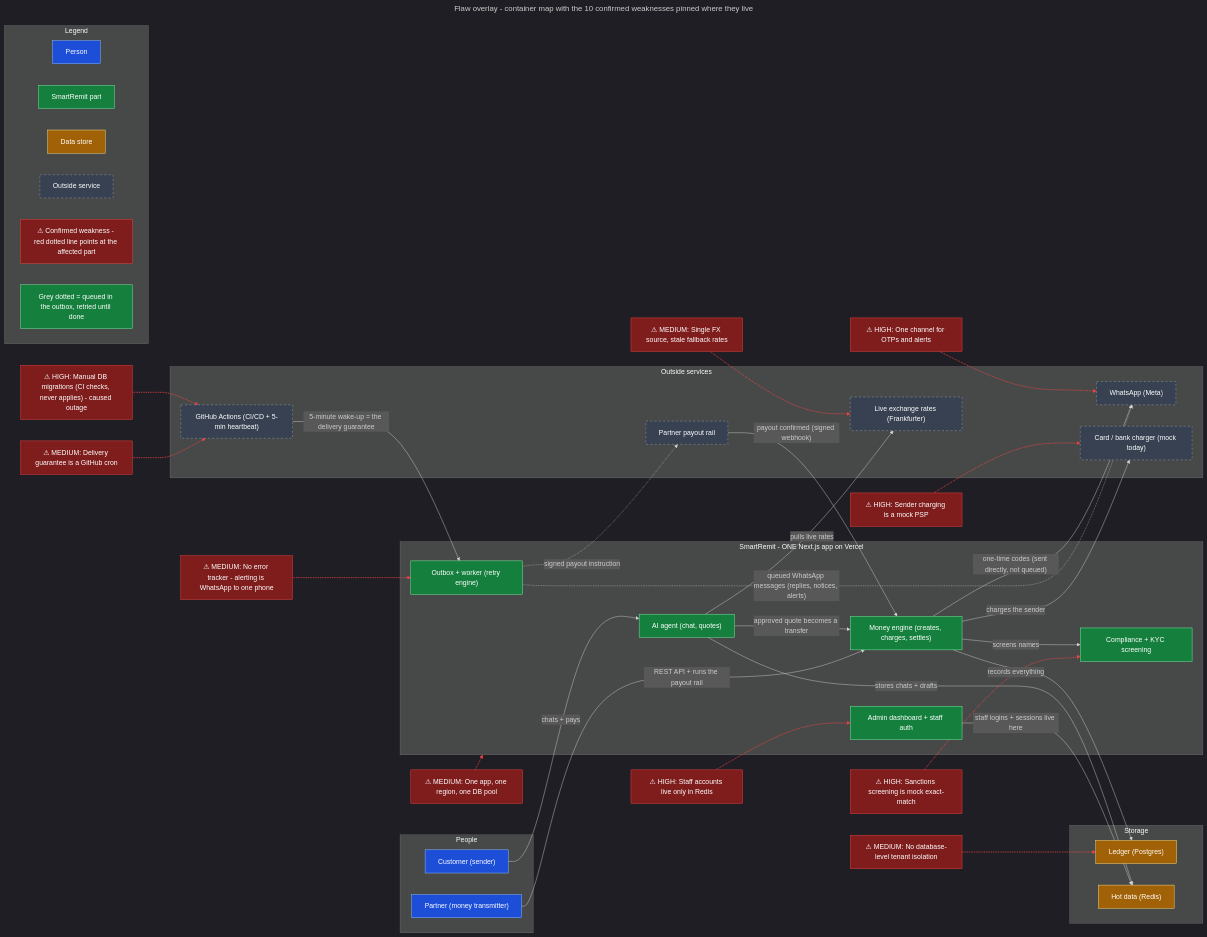
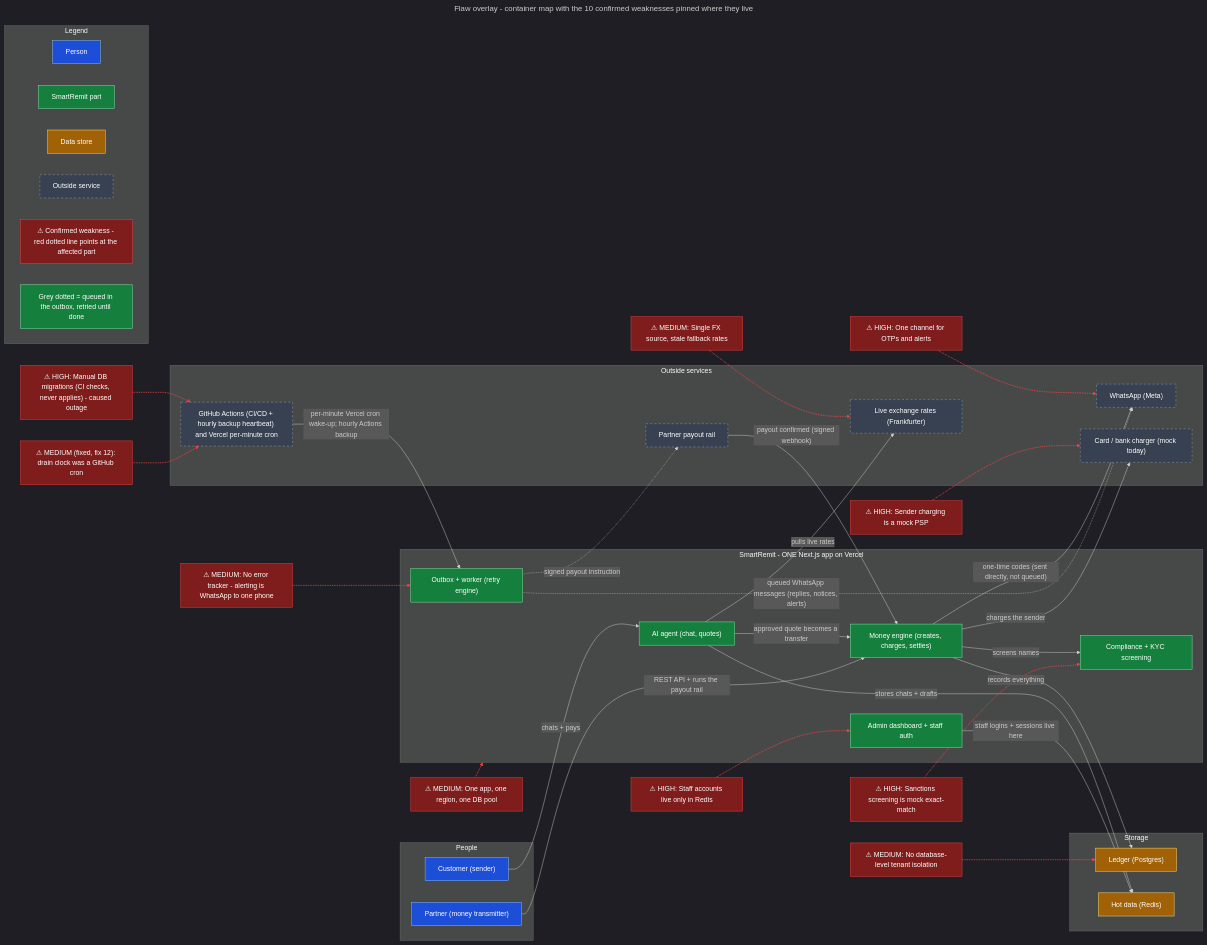
One commit to Nagavenkatasai7/claude-payments changed the diagram in docs/diagrams/architecture-L3-flaws.mmd. Above: the diagram before and after it, drawn with Mermaid. The commit also changed 32 other files, not shown here.

First line of the commit message:
fix(outbox-worker): per-minute Vercel worker cron, quiet-cron + drain-gap alarms, poison rows dead-letter on reclaim (Program-Fix 12, PR 1) (#283)

```diff
--- a/docs/diagrams/architecture-L3-flaws.mmd
+++ b/docs/diagrams/architecture-L3-flaws.mmd
@@ -1,85 +1,85 @@
 ---
 title: "Flaw overlay - container map with the 10 confirmed weaknesses pinned where they live"
 config:
   theme: dark
 ---
 flowchart LR
     classDef people fill:#1d4ed8,stroke:#93c5fd,color:#ffffff
     classDef core fill:#15803d,stroke:#86efac,color:#ffffff
     classDef store fill:#a16207,stroke:#fde68a,color:#ffffff
     classDef external fill:#374151,stroke:#9ca3af,color:#ffffff,stroke-dasharray: 5 5
     classDef flaw fill:#7f1d1d,stroke:#ef4444,color:#ffffff
 
     subgraph zpeople["People"]
         customer["Customer (sender)"]:::people
         partner["Partner (money transmitter)"]:::people
     end
 
     subgraph zplat["SmartRemit - ONE Next.js app on Vercel"]
         agent["AI agent (chat, quotes)"]:::core
         money["Money engine (creates, charges, settles)"]:::core
         compliance["Compliance + KYC screening"]:::core
         outbox["Outbox + worker (retry engine)"]:::core
         admin["Admin dashboard + staff auth"]:::core
     end
 
     subgraph zstore["Storage"]
         ledger["Ledger (Postgres)"]:::store
         redis["Hot data (Redis)"]:::store
     end
 
     subgraph zout["Outside services"]
         waext["WhatsApp (Meta)"]:::external
         fxext["Live exchange rates (Frankfurter)"]:::external
         pspext["Card / bank charger (mock today)"]:::external
         railext["Partner payout rail"]:::external
-        ghext["GitHub Actions (CI/CD + 5-min heartbeat)"]:::external
+        ghext["GitHub Actions (CI/CD + hourly backup heartbeat) and Vercel per-minute cron"]:::external
     end
 
     customer -->|"chats + pays"| agent
     agent -->|"pulls live rates"| fxext
     agent -->|"approved quote becomes a transfer"| money
     agent -->|"stores chats + drafts"| redis
     partner -->|"REST API + runs the payout rail"| money
     money -->|"screens names"| compliance
     money -->|"charges the sender"| pspext
     money -->|"records everything"| ledger
     money -->|"one-time codes (sent directly, not queued)"| waext
     outbox -.->|"signed payout instruction"| railext
     railext -->|"payout confirmed (signed webhook)"| money
     outbox -.->|"queued WhatsApp messages (replies, notices, alerts)"| waext
-    ghext -->|"5-minute wake-up = the delivery guarantee"| outbox
+    ghext -->|"per-minute Vercel cron wake-up; hourly Actions backup"| outbox
     admin -->|"staff logins + sessions live here"| redis
 
     f1["⚠ HIGH: Sanctions screening is mock exact-match"]:::flaw
     f1 -.-> compliance
     f2["⚠ HIGH: Sender charging is a mock PSP"]:::flaw
     f2 -.-> pspext
     f3["⚠ HIGH: Manual DB migrations (CI checks, never applies) - caused outage"]:::flaw
     f3 -.-> ghext
     f4["⚠ HIGH: Staff accounts live only in Redis"]:::flaw
     f4 -.-> admin
     f5["⚠ HIGH: One channel for OTPs and alerts"]:::flaw
     f5 -.-> waext
-    f6["⚠ MEDIUM: Delivery guarantee is a GitHub cron"]:::flaw
+    f6["⚠ MEDIUM (fixed, fix 12): drain clock was a GitHub cron"]:::flaw
     f6 -.-> ghext
     f7["⚠ MEDIUM: No database-level tenant isolation"]:::flaw
     f7 -.-> ledger
     f8["⚠ MEDIUM: Single FX source, stale fallback rates"]:::flaw
     f8 -.-> fxext
     f9["⚠ MEDIUM: No error tracker - alerting is WhatsApp to one phone"]:::flaw
     f9 -.-> outbox
     f10["⚠ MEDIUM: One app, one region, one DB pool"]:::flaw
     f10 -.-> zplat
 
     linkStyle 14,15,16,17,18,19,20,21,22,23 stroke:#ef4444,stroke-width:2px
 
     subgraph legend["Legend"]
         direction LR
         lp["Person"]:::people
         lc["SmartRemit part"]:::core
         ld["Data store"]:::store
         le["Outside service"]:::external
         lf["⚠ Confirmed weakness - red dotted line points at the affected part"]:::flaw
         lq["Grey dotted = queued in the outbox, retried until done"]:::core
     end
```
